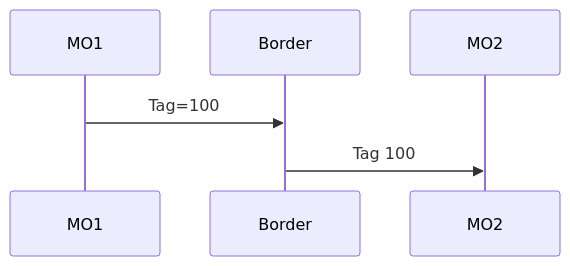
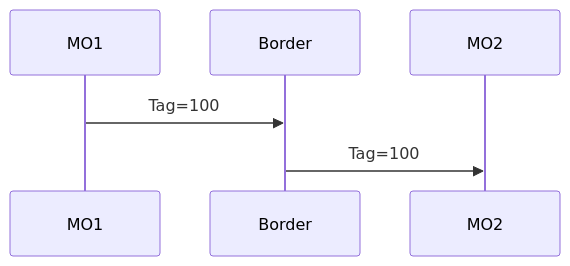
Before and after one commit to nocproject/noc: diagram 16 of 17 in src/en/reference/network-segment.rst, drawn with Mermaid. The commit also changed other lines of this file, not shown here.

```diff
--- a/src/en/reference/network-segment.rst
+++ b/src/en/reference/network-segment.rst
@@ -482,6 +487,6 @@
 .. mermaid::
     :caption: filter=2-200,rule=map,parent_vlan=100
 
     sequenceDiagram
         MO1 ->> Border: Tag=100
-        Border ->> MO2: Tag 100
+        Border ->> MO2: Tag=100
```
